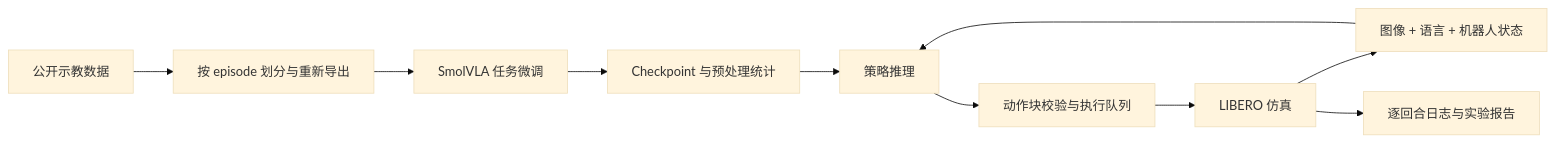
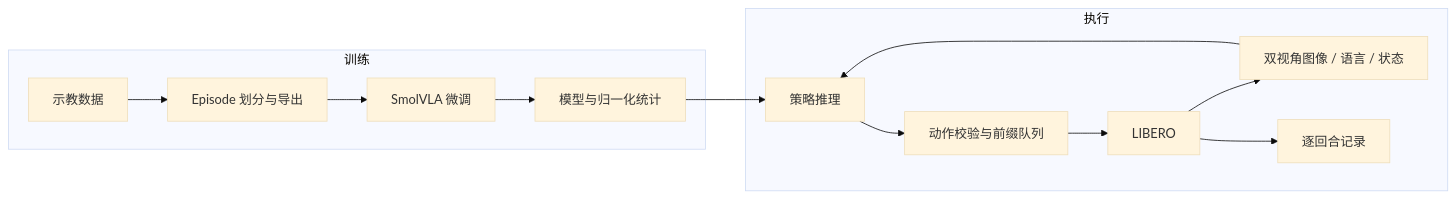
One commit to Hanamaki-CL/VLA changed the diagram in README.md. Above: the diagram before and after it, drawn with Mermaid (base theme). The commit also changed other lines of this file and 17 other files, not shown here.

````diff
--- a/README.md
+++ b/README.md
@@ -21,12 +21,16 @@
 ```mermaid
 flowchart LR
-    D[公开示教数据] --> S[按 episode 划分与重新导出]
-    S --> T[SmolVLA 任务微调]
-    T --> C[Checkpoint 与预处理统计]
-    O[图像 + 语言 + 机器人状态] --> P[策略推理]
+    subgraph Training[训练]
+        D[示教数据] --> S[Episode 划分与导出]
+        S --> T[SmolVLA 微调]
+        T --> C[模型与归一化统计]
+    end
+    subgraph Rollout[执行]
+        O[双视角图像 / 语言 / 状态] --> P[策略推理]
+        P --> Q[动作校验与前缀队列]
+        Q --> E[LIBERO]
+        E --> O
+        E --> R[逐回合记录]
+    end
     C --> P
-    P --> Q[动作块校验与执行队列]
-    Q --> E[LIBERO 仿真]
-    E --> O
-    E --> R[逐回合日志与实验报告]
 ```
````
